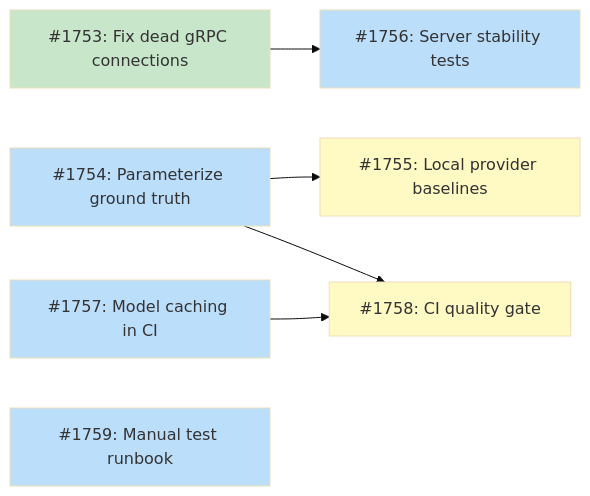
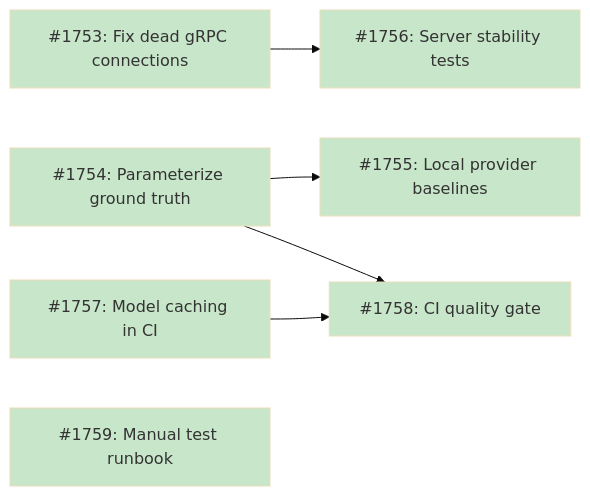
One commit to tsukumogami/tsuku changed the diagram in docs/designs/DESIGN-llm-testing-strategy.md. Above: the diagram before and after it, drawn with Mermaid (base theme). The commit also changed other lines of this file and 14 other files, not shown here.

````diff
--- a/docs/designs/DESIGN-llm-testing-strategy.md
+++ b/docs/designs/DESIGN-llm-testing-strategy.md
@@ -42,25 +42,23 @@
 ```mermaid
 graph LR
     I1753["#1753: Fix dead gRPC connections"]
     I1754["#1754: Parameterize ground truth"]
     I1755["#1755: Local provider baselines"]
     I1756["#1756: Server stability tests"]
     I1757["#1757: Model caching in CI"]
     I1758["#1758: CI quality gate"]
     I1759["#1759: Manual test runbook"]
 
     I1753 --> I1756
     I1754 --> I1755
     I1754 --> I1758
     I1757 --> I1758
 
     classDef done fill:#c8e6c9
     classDef ready fill:#bbdefb
     classDef blocked fill:#fff9c4
     classDef needsDesign fill:#e1bee7
     classDef tracksDesign fill:#FFE0B2,stroke:#F57C00,color:#000
 
-    class I1753 done
-    class I1754,I1756,I1757,I1759 ready
-    class I1755,I1758 blocked
+    class I1753,I1754,I1755,I1756,I1757,I1758,I1759 done
 ```
````
